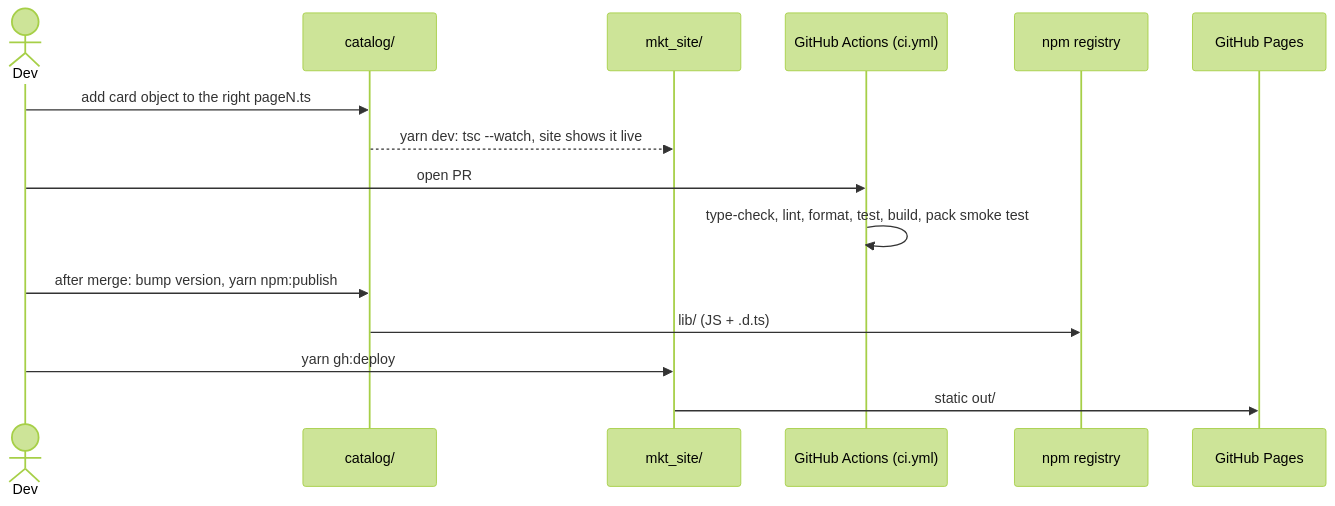
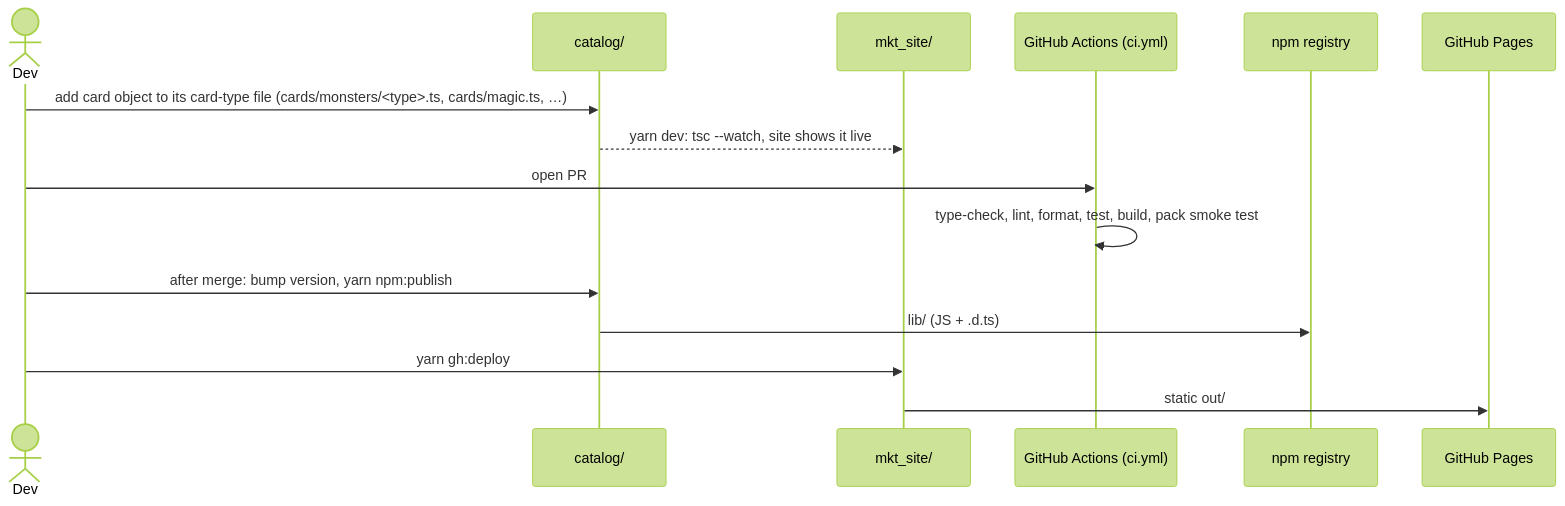
The third of 3 diagrams in docs/ARCHITECTURE.md (mhsalves/yugioh-fb-catalog), drawn with Mermaid (forest theme) before and after one commit. The commit also changed other lines of this file and 5 other files, not shown here.

````diff
--- a/docs/ARCHITECTURE.md
+++ b/docs/ARCHITECTURE.md
@@ -230,17 +244,17 @@
 ```mermaid
 sequenceDiagram
     actor Dev
     participant Cat as catalog/
     participant Site as mkt_site/
     participant CI as GitHub Actions (ci.yml)
     participant NPM as npm registry
     participant GH as GitHub Pages
-    Dev->>Cat: add card object to the right pageN.ts
+    Dev->>Cat: add card object to its card-type file (cards/monsters/<type>.ts, cards/magic.ts, …)
     Cat-->>Site: yarn dev: tsc --watch, site shows it live
     Dev->>CI: open PR
     CI->>CI: type-check, lint, format, test, build, pack smoke test
     Dev->>Cat: after merge: bump version, yarn npm:publish
     Cat->>NPM: lib/ (JS + .d.ts)
     Dev->>Site: yarn gh:deploy
     Site->>GH: static out/
 ```
````
